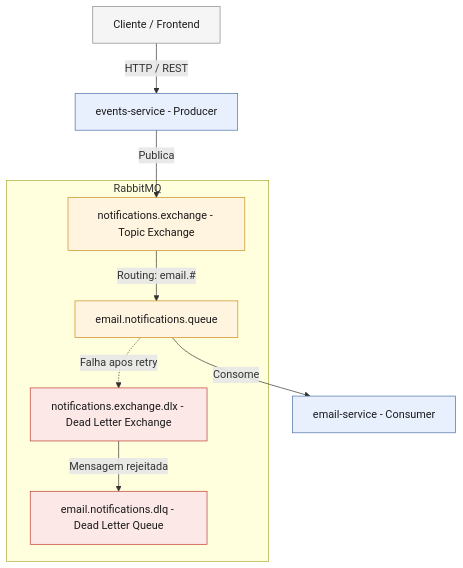
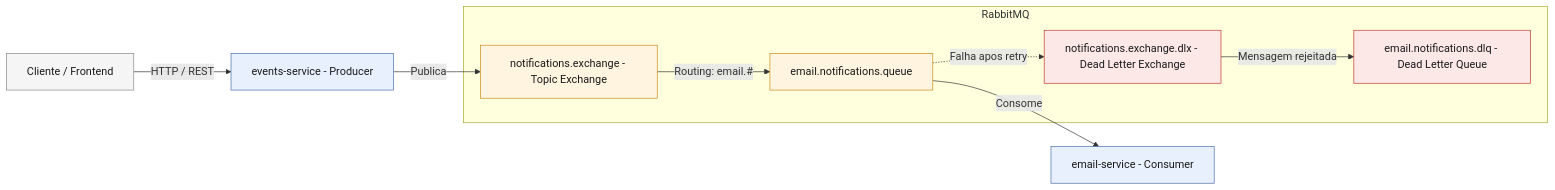
One commit to anatroiano/event-platform changed the diagram in README.md. Above: the diagram before and after it, drawn with Mermaid.

Commit message:
📝 docs: update README diagram

````diff
--- a/README.md
+++ b/README.md
@@ -50,31 +50,31 @@
 ```mermaid
-graph TD
+graph LR
     Client["Cliente / Frontend"]
     Producer["events-service - Producer"]
 
     subgraph Rabbit["RabbitMQ"]
         Exchange["notifications.exchange - Topic Exchange"]
         Queue["email.notifications.queue"]
         DLX["notifications.exchange.dlx - Dead Letter Exchange"]
         DLQ["email.notifications.dlq - Dead Letter Queue"]
     end
 
     Consumer["email-service - Consumer"]
     Client -->|" HTTP / REST "| Producer
     Producer -->|" Publica "| Exchange
     Exchange -->|" Routing: email.# "| Queue
     Queue -->|" Consome "| Consumer
     Queue -.->|" Falha apos retry "| DLX
     DLX -->|" Mensagem rejeitada "| DLQ
     classDef client fill: #f5f5f5, stroke: #888, color: #1a1a1a
     classDef service fill: #e8f0fe, stroke: #4a6fa5, color: #1a1a1a
     classDef broker fill: #fff4e0, stroke: #c98a1b, color: #1a1a1a
     classDef dead fill: #fde8e8, stroke: #c0392b, color: #1a1a1a
     class Client client
     class Producer service
     class Consumer service
     class Exchange broker
     class Queue broker
     class DLX dead
     class DLQ dead
 ```
````
